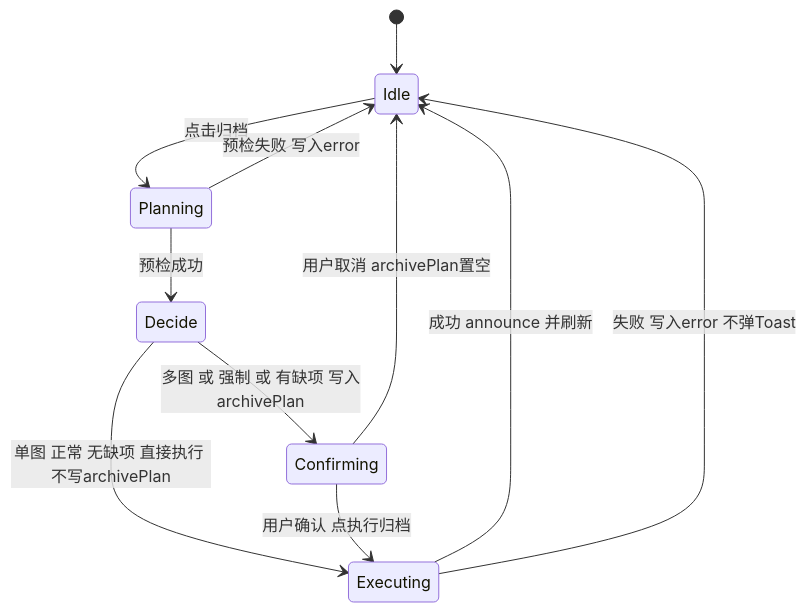
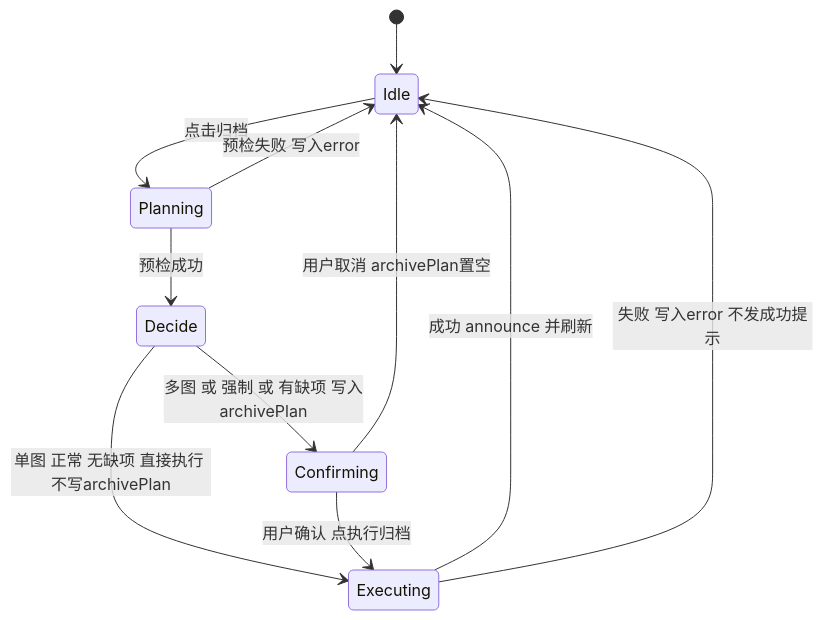
Before and after one commit to KEKKJ123/artist-gallery: the second of 3 diagrams in docs/frontend-state-transitions.md, drawn with Mermaid. The commit also changed other lines of this file and 3 other files, not shown here.

````diff
--- a/docs/frontend-state-transitions.md
+++ b/docs/frontend-state-transitions.md
@@ -69,14 +64,14 @@
 ```mermaid
 stateDiagram-v2
     [*] --> Idle
     Idle --> Planning: 点击归档
     Planning --> Idle: 预检失败 写入error
     Planning --> Decide: 预检成功
     state Decide <<choice>>
     Decide --> Executing: 单图 正常 无缺项 直接执行 不写archivePlan
     Decide --> Confirming: 多图 或 强制 或 有缺项 写入archivePlan
     Confirming --> Idle: 用户取消 archivePlan置空
     Confirming --> Executing: 用户确认 点执行归档
     Executing --> Idle: 成功 announce 并刷新
-    Executing --> Idle: 失败 写入error 不弹Toast
+    Executing --> Idle: 失败 写入error 不发成功提示
 ```
````
